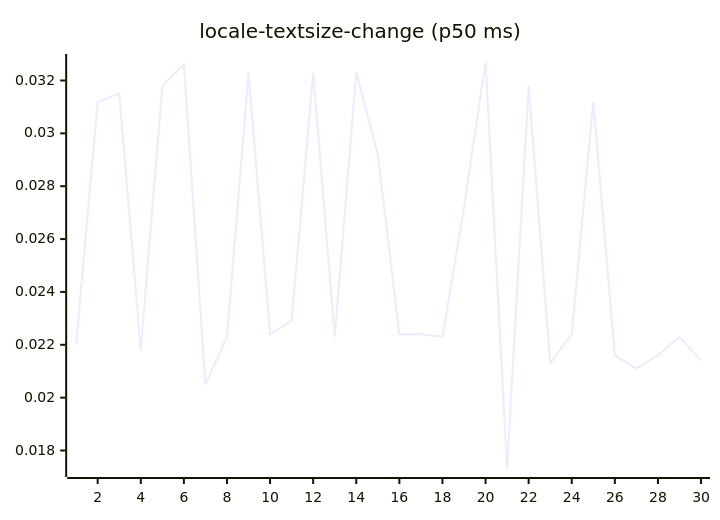
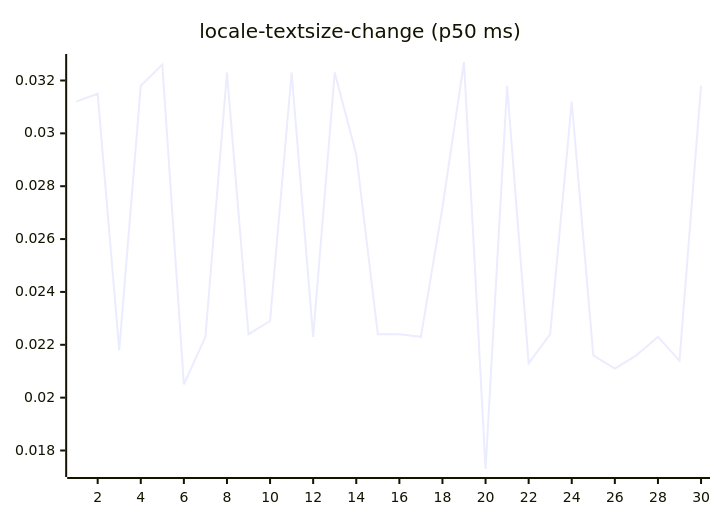
Before and after one commit to josha/Facet: diagram 13 of 27 in README.md, drawn with Mermaid. The commit also changed other lines of this file and 2 other files, not shown here.

````diff
--- a/README.md
+++ b/README.md
@@ -147,6 +147,6 @@
 ```mermaid
 xychart-beta
     title "locale-textsize-change (p50 ms)"
     x-axis 1 --> 30
-    line [0.0220, 0.0312, 0.0315, 0.0218, 0.0318, 0.0326, 0.0205, 0.0223, 0.0323, 0.0224, 0.0229, 0.0323, 0.0223, 0.0323, 0.0292, 0.0224, 0.0224, 0.0223, 0.0272, 0.0327, 0.0173, 0.0318, 0.0213, 0.0224, 0.0312, 0.0216, 0.0211, 0.0216, 0.0223, 0.0214]
+    line [0.0312, 0.0315, 0.0218, 0.0318, 0.0326, 0.0205, 0.0223, 0.0323, 0.0224, 0.0229, 0.0323, 0.0223, 0.0323, 0.0292, 0.0224, 0.0224, 0.0223, 0.0272, 0.0327, 0.0173, 0.0318, 0.0213, 0.0224, 0.0312, 0.0216, 0.0211, 0.0216, 0.0223, 0.0214, 0.0318]
 ```
````
